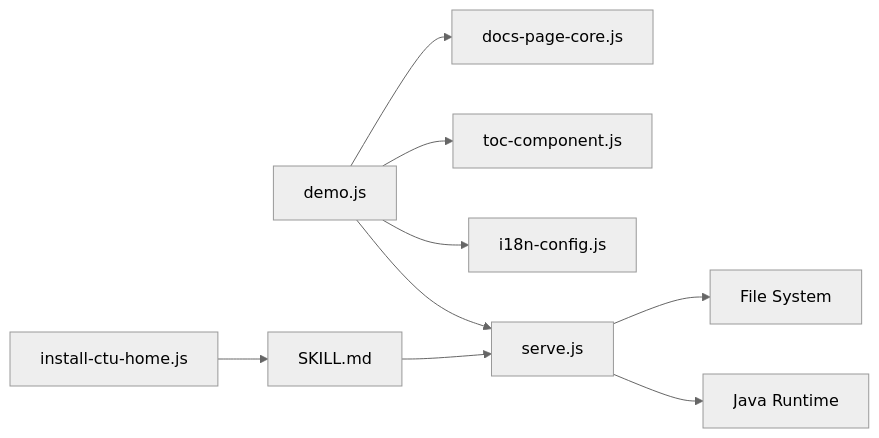
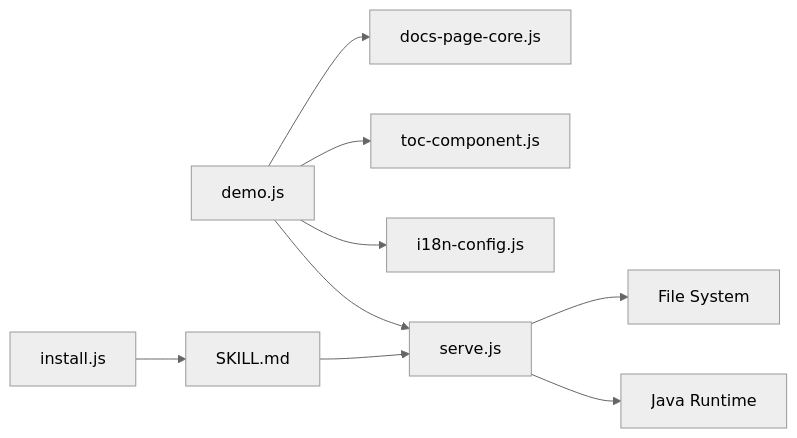
Before and after one commit to pingwurth/code-to-uml: the seventh of 7 diagrams in .qoder/repowiki/en/content/Project Overview.md, drawn with Mermaid (neutral theme). The commit also changed other lines of this file and 26 other files, not shown here.

Commit message:
rename install-ctu-home.js install.js

````diff
--- a/.qoder/repowiki/en/content/Project Overview.md
+++ b/.qoder/repowiki/en/content/Project Overview.md
@@ -309,11 +309,11 @@
 ```mermaid
 graph LR
 DEMOJS["demo.js"] --> CORE["docs-page-core.js"]
 DEMOJS --> TOC["toc-component.js"]
 DEMOJS --> I18N["i18n-config.js"]
 DEMOJS --> SERVE["serve.js"]
 SERVE --> FS["File System"]
 SERVE --> JAVA["Java Runtime"]
 SKILL["SKILL.md"] --> SERVE
-INSTALL["install-ctu-home.js"] --> SKILL
+INSTALL["install.js"] --> SKILL
 ```
````
